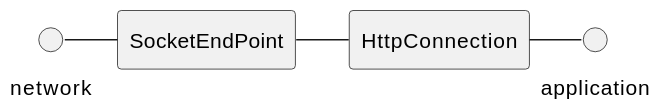
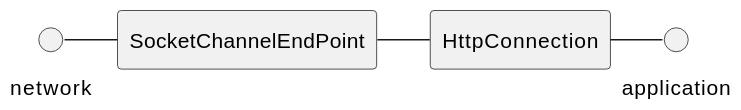
One commit to jetty/jetty.project changed the first of 2 diagrams in documentation/jetty-documentation/src/main/asciidoc/programming-guide/server/server-io-arch.adoc. Above: the diagram before and after it, drawn with PlantUML. The commit also changed other lines of this file and 25 other files, not shown here.

```diff
--- a/documentation/jetty-documentation/src/main/asciidoc/programming-guide/server/server-io-arch.adoc
+++ b/documentation/jetty-documentation/src/main/asciidoc/programming-guide/server/server-io-arch.adoc
@@ -41,19 +65,19 @@
 [plantuml]
 ----
 skinparam backgroundColor transparent
 skinparam monochrome true
 skinparam shadowing false
 skinparam padding 5
 
 hide members
 hide circle
 
 scale 1.5
 
 circle network
 circle application
 
-network - SocketEndPoint
-SocketEndPoint - HttpConnection
+network - SocketChannelEndPoint
+SocketChannelEndPoint - HttpConnection
 HttpConnection - application
 ----
```
